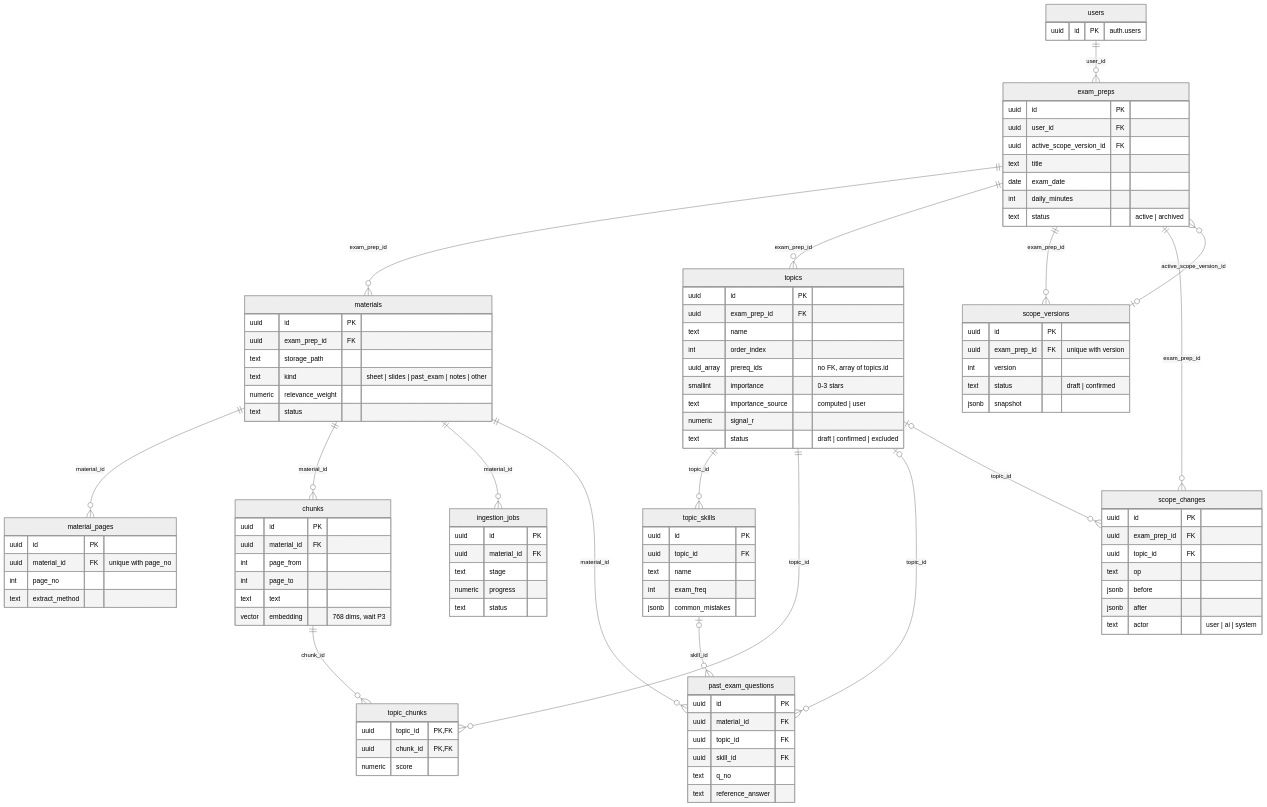
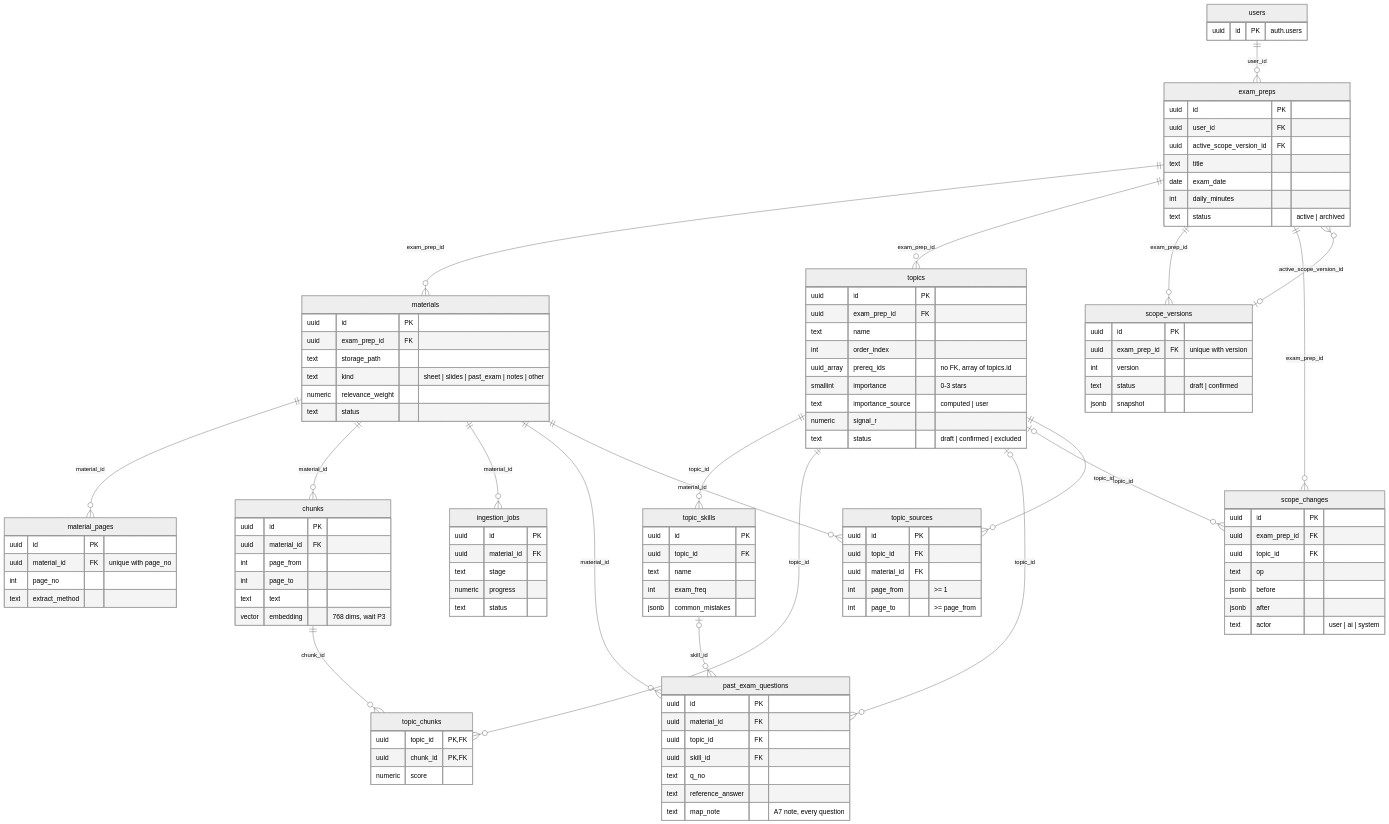
Before and after one commit to jamvess/anyang: the second of 3 diagrams in specs/system/data-model.md, drawn with Mermaid (neutral theme). The commit also changed other lines of this file and 3 other files, not shown here.

Commit message:
feat(db): migration 0003 topic_sources with page-range check + past_exam_questions.map_note, ERD (D3 · SM-04, CM-10, SA-06)

```diff
--- a/specs/system/data-model.md
+++ b/specs/system/data-model.md
@@ -106,6 +107,8 @@
   topics |o--o{ past_exam_questions : "topic_id"
   topic_skills |o--o{ past_exam_questions : "skill_id"
   topics |o--o{ scope_changes : "topic_id"
+  topics ||--o{ topic_sources : "topic_id"
+  materials ||--o{ topic_sources : "material_id"
 
   users {
     uuid id PK "auth.users"
@@ -173,6 +176,14 @@
     uuid skill_id FK
     text q_no
     text reference_answer
+    text map_note "A7 note, every question"
+  }
+  topic_sources {
+    uuid id PK
+    uuid topic_id FK
+    uuid material_id FK
+    int page_from ">= 1"
+    int page_to ">= page_from"
   }
   topic_chunks {
     uuid topic_id PK, FK
```
